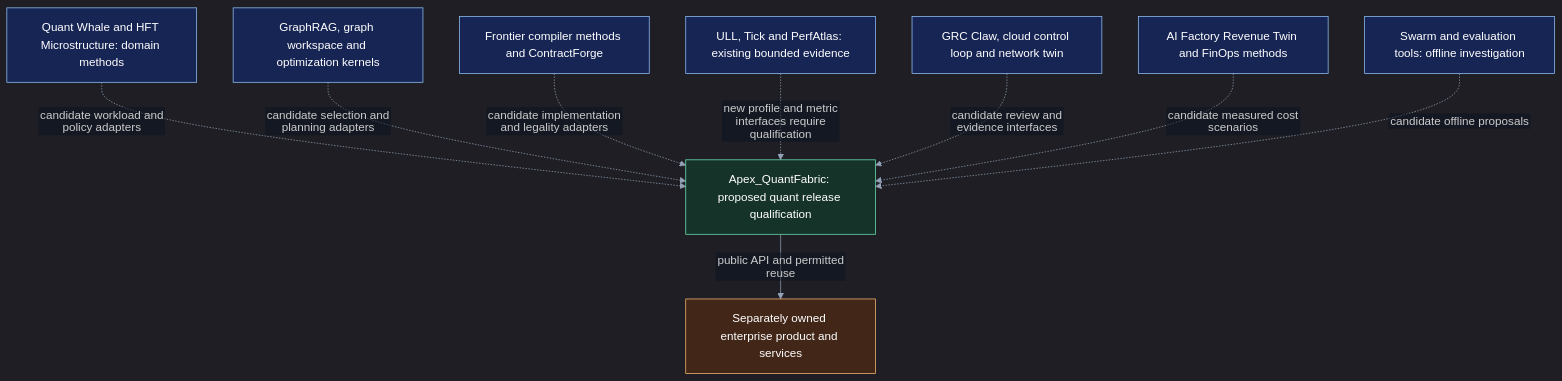
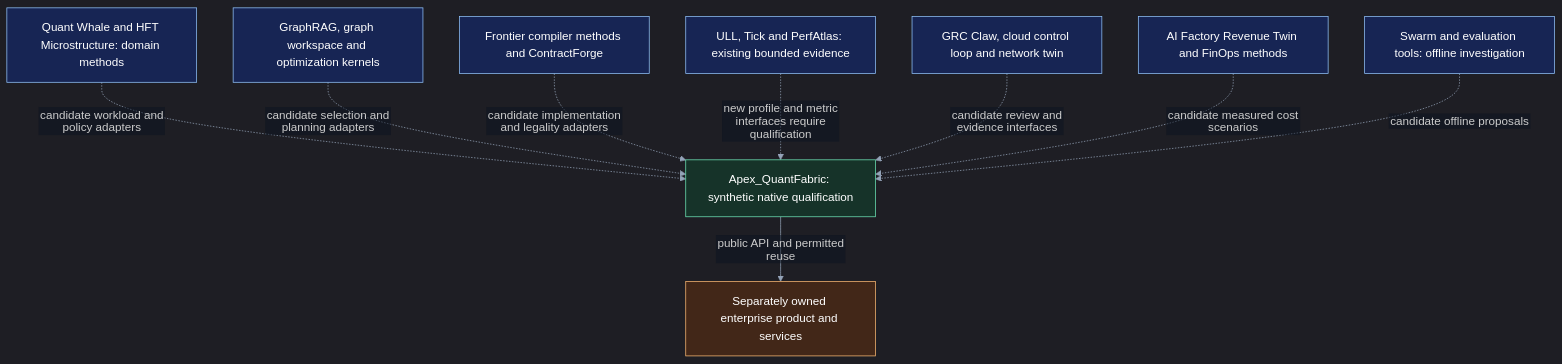
The diagram in docs/architectures/01-portfolio.mmd (AAH20/Apex_QuantFabric), drawn with Mermaid before and after one commit. The commit also changed 1 other file, not shown here.

Commit message:
Identify native qualification core in portfolio architecture

```diff
--- a/docs/architectures/01-portfolio.mmd
+++ b/docs/architectures/01-portfolio.mmd
@@ -1,25 +1,25 @@
 %%{init: {"theme":"dark","flowchart":{"htmlLabels":false},"themeVariables":{"background":"#0b1220","primaryTextColor":"#ffffff","lineColor":"#94a3b8","edgeLabelBackground":"#0b1220"}}}%%
 flowchart TB
-  PRODUCT["Apex_QuantFabric: proposed quant release qualification"]
+  PRODUCT["Apex_QuantFabric: synthetic native qualification"]
   QUANT["Quant Whale and HFT Microstructure: domain methods"]
   GRAPH["GraphRAG, graph workspace and optimization kernels"]
   COMPILER["Frontier compiler methods and ContractForge"]
   LOW["ULL, Tick and PerfAtlas: existing bounded evidence"]
   OPS["GRC Claw, cloud control loop and network twin"]
   ECON["AI Factory Revenue Twin and FinOps methods"]
   AGENTS["Swarm and evaluation tools: offline investigation"]
   PRIVATE["Separately owned enterprise product and services"]
   QUANT -. "candidate workload and policy adapters" .-> PRODUCT
   GRAPH -. "candidate selection and planning adapters" .-> PRODUCT
   COMPILER -. "candidate implementation and legality adapters" .-> PRODUCT
   LOW -. "new profile and metric interfaces require qualification" .-> PRODUCT
   OPS -. "candidate review and evidence interfaces" .-> PRODUCT
   ECON -. "candidate measured cost scenarios" .-> PRODUCT
   AGENTS -. "candidate offline proposals" .-> PRODUCT
   PRODUCT -->|public API and permitted reuse| PRIVATE
   class PRODUCT check;
   class PRIVATE future;
 
 classDef default fill:#172554,stroke:#93c5fd,color:#ffffff;
 classDef check fill:#163329,stroke:#6ee7b7,color:#ffffff;
 classDef future fill:#422718,stroke:#fdba74,color:#ffffff;
```
